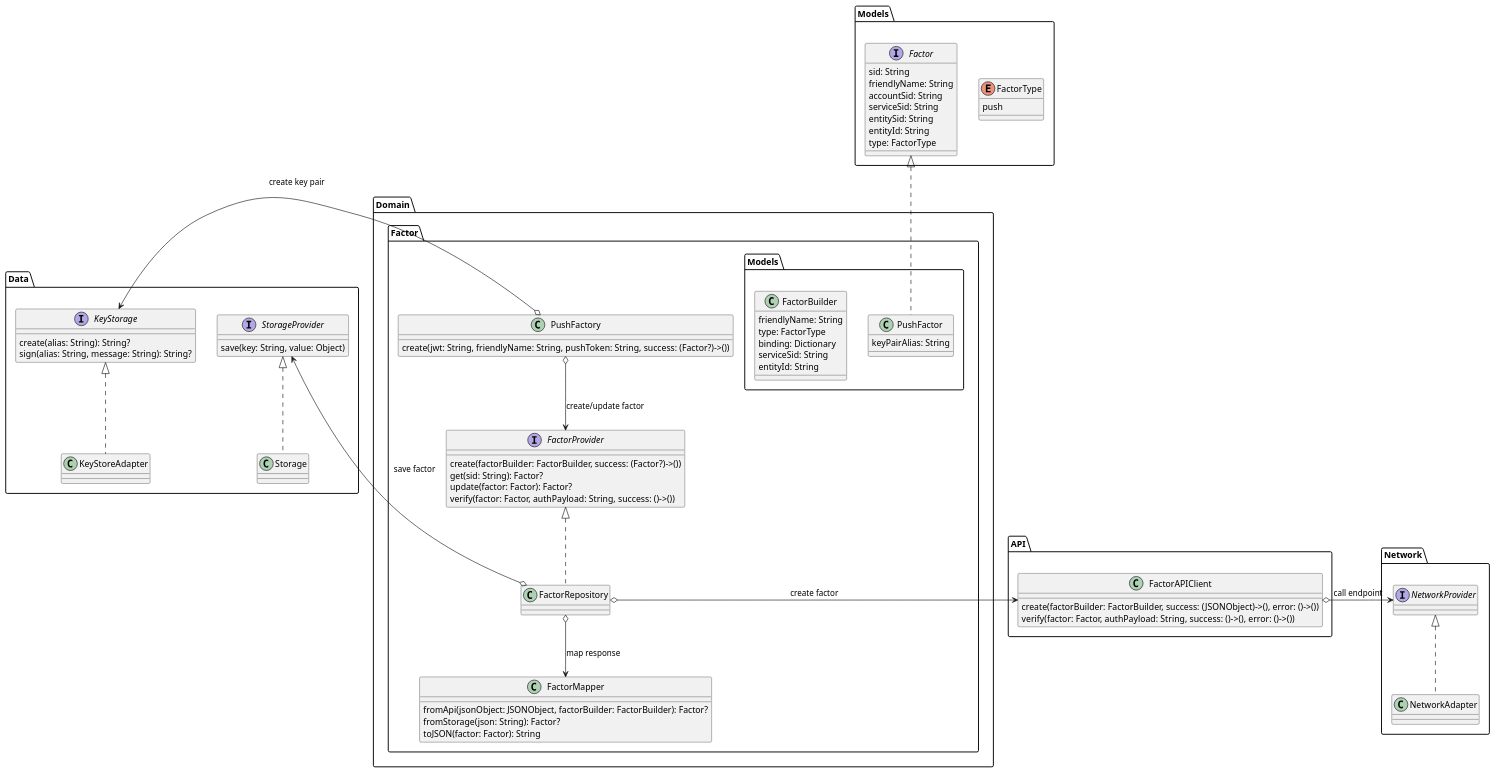
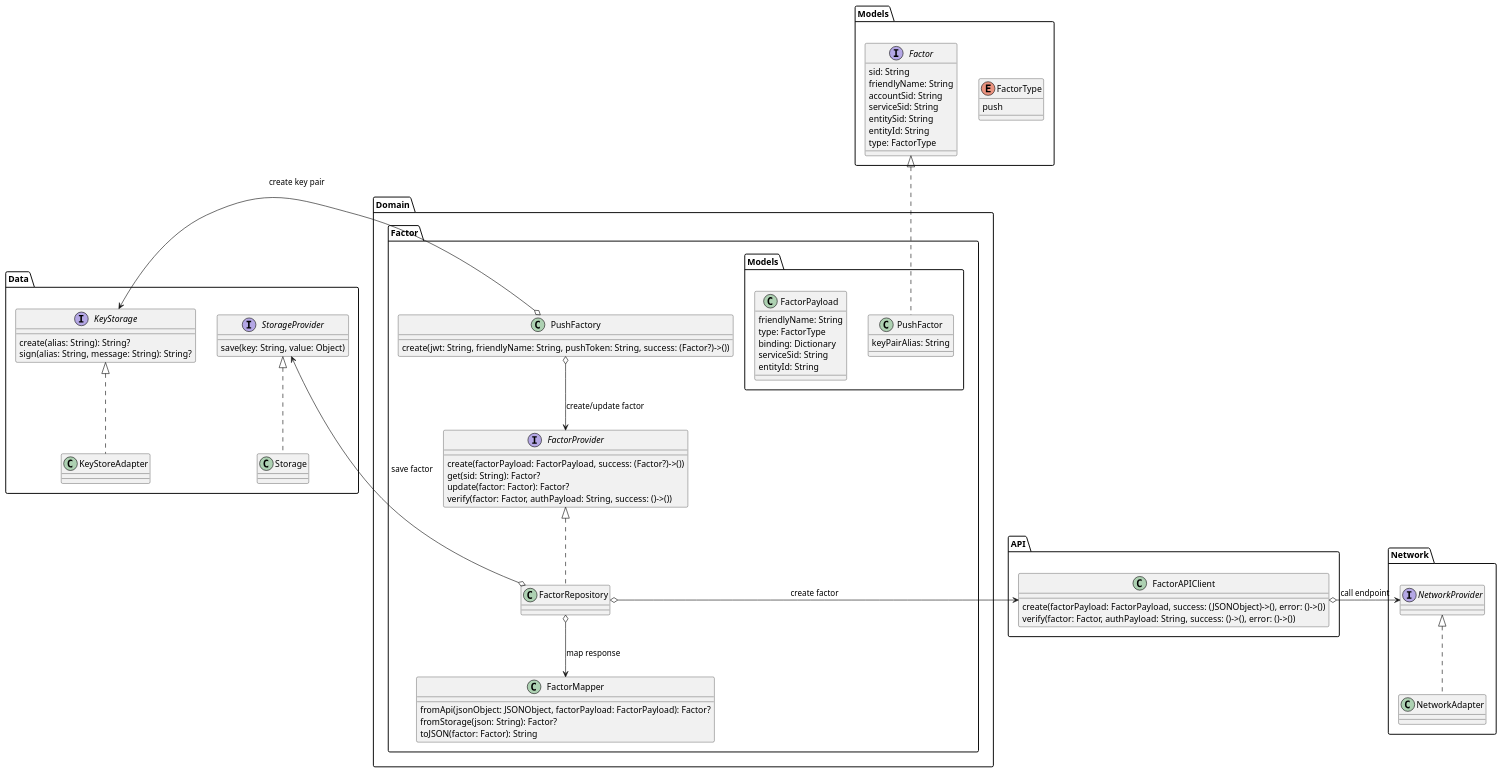
The diagram in diagrams/CreatePushFactor/CreatePushFactor.wsd (twilio/twilio-verify-android), drawn with PlantUML before and after one commit.

Commit message:
Change to FactorPayload

```diff
--- a/diagrams/CreatePushFactor/CreatePushFactor.wsd
+++ b/diagrams/CreatePushFactor/CreatePushFactor.wsd
@@ -1,67 +1,67 @@
 @startuml Create push factor
 enum Models.FactorType {
     push
 }
 interface Models.Factor {
     sid: String
     friendlyName: String
     accountSid: String
     serviceSid: String
     entitySid: String
     entityId: String
     type: FactorType
 }
 class Domain.Factor.Models.PushFactor implements Models.Factor {
     keyPairAlias: String
 }
-class Domain.Factor.Models.FactorBuilder {
+class Domain.Factor.Models.FactorPayload {
     friendlyName: String
     type: FactorType
     binding: Dictionary
     serviceSid: String
     entityId: String
 }
 class Domain.Factor.FactorMapper {
-    fromApi(jsonObject: JSONObject, factorBuilder: FactorBuilder): Factor?
+    fromApi(jsonObject: JSONObject, factorPayload: FactorPayload): Factor?
     fromStorage(json: String): Factor?
     toJSON(factor: Factor): String
 }
 class API.FactorAPIClient {
-    create(factorBuilder: FactorBuilder, success: (JSONObject)->(), error: ()->())
+    create(factorPayload: FactorPayload, success: (JSONObject)->(), error: ()->())
     verify(factor: Factor, authPayload: String, success: ()->(), error: ()->())
 }
 class Network.NetworkAdapter implements Network.NetworkProvider {
 
 }
 interface Data.StorageProvider {
     save(key: String, value: Object)
 }
 class Data.Storage implements Data.StorageProvider {
 
 }
 interface Data.KeyStorage {
     create(alias: String): String?
     sign(alias: String, message: String): String?
 }
 class Data.KeyStoreAdapter implements Data.KeyStorage {
 
 }
 interface Domain.Factor.FactorProvider {
-    create(factorBuilder: FactorBuilder, success: (Factor?)->())
+    create(factorPayload: FactorPayload, success: (Factor?)->())
     get(sid: String): Factor?
     update(factor: Factor): Factor?
     verify(factor: Factor, authPayload: String, success: ()->())
 }
 class Domain.Factor.FactorRepository implements Domain.Factor.FactorProvider {
 
 }
 class Domain.Factor.PushFactory {
     create(jwt: String, friendlyName: String, pushToken: String, success: (Factor?)->())
 }
 Domain.Factor.PushFactory o-left-> Data.KeyStorage: create key pair
 Domain.Factor.PushFactory o--> Domain.Factor.FactorProvider: create/update factor
 Domain.Factor.FactorRepository o-left-> Data.StorageProvider: save factor
 Domain.Factor.FactorRepository o-right-> API.FactorAPIClient: create factor
 Domain.Factor.FactorRepository o--> Domain.Factor.FactorMapper: map response
 API.FactorAPIClient o-right-> Network.NetworkProvider: call endpoint
 @enduml
```
